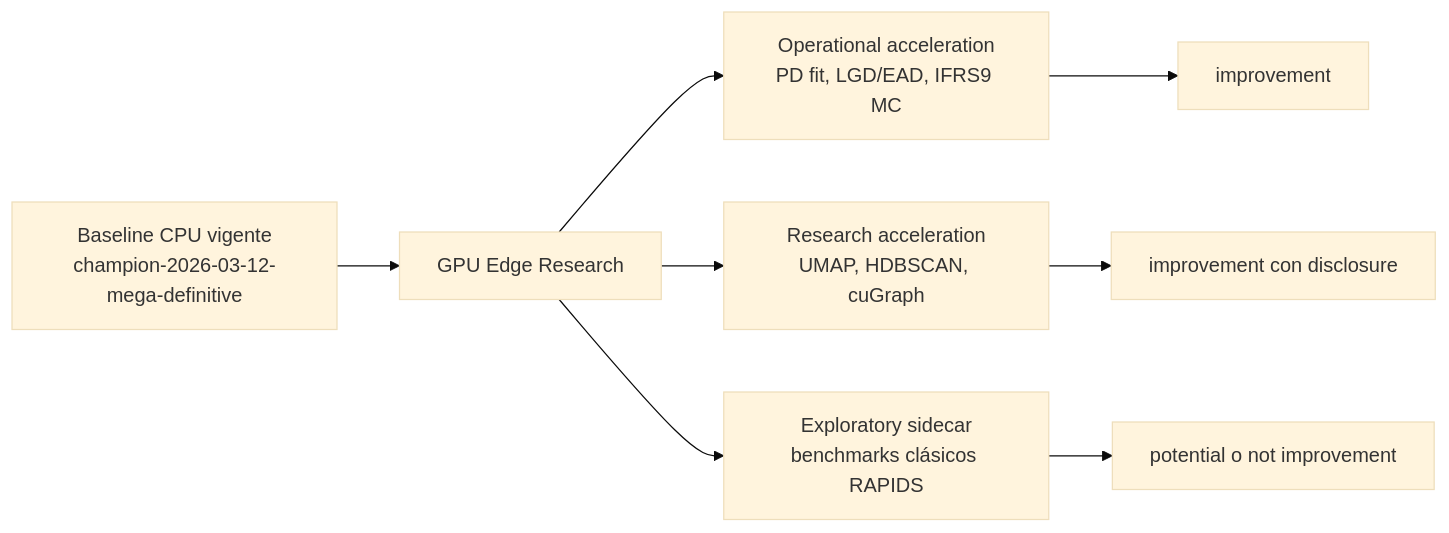
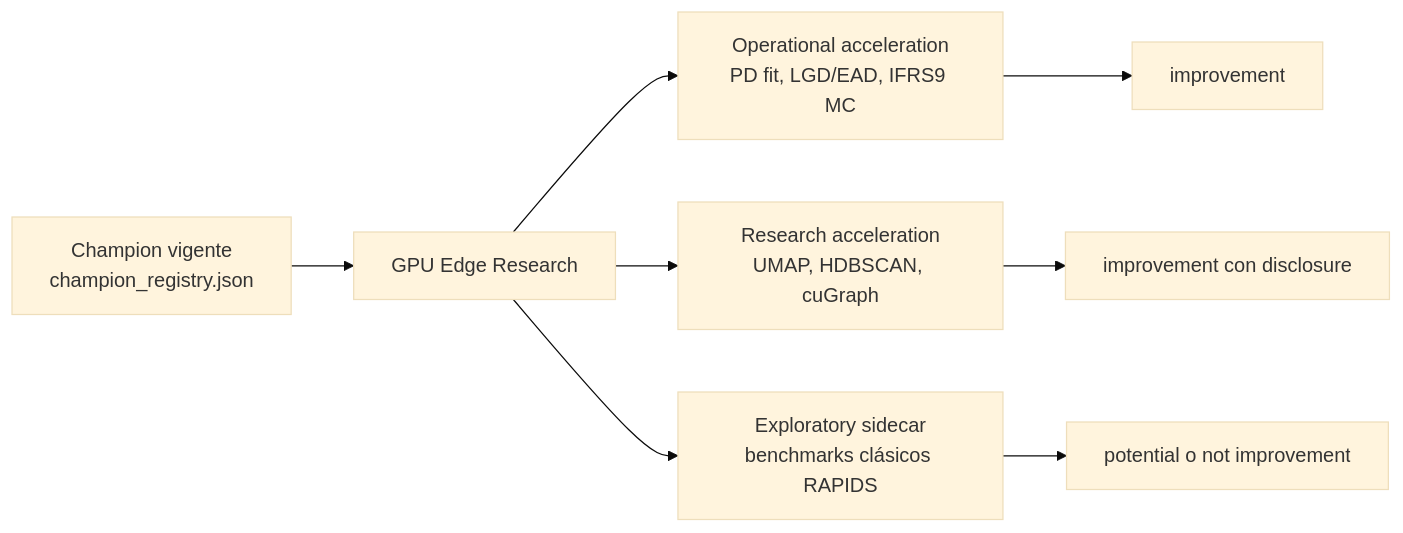
Before and after one commit to EigenCharlie/Lending-Club-End-to-End: the diagram in book/chapters/13-advanced-topics/13f-gpu-edge-research.qmd, drawn with Mermaid (base theme). The commit also changed other lines of this file and 322 other files, not shown here.

````diff
--- a/book/chapters/13-advanced-topics/13f-gpu-edge-research.qmd
+++ b/book/chapters/13-advanced-topics/13f-gpu-edge-research.qmd
@@ -317,10 +323,10 @@
 ```{mermaid}
 flowchart LR
-    A[Baseline CPU vigente<br/>champion-2026-03-12-mega-definitive] --> B[GPU Edge Research]
+    A[Champion vigente<br/>champion_registry.json] --> B[GPU Edge Research]
     B --> C[Operational acceleration<br/>PD fit, LGD/EAD, IFRS9 MC]
     B --> D[Research acceleration<br/>UMAP, HDBSCAN, cuGraph]
     B --> E[Exploratory sidecar<br/>benchmarks clásicos RAPIDS]
     C --> F[improvement]
     D --> G[improvement con disclosure]
     E --> H[potential o not improvement]
 ```
````
